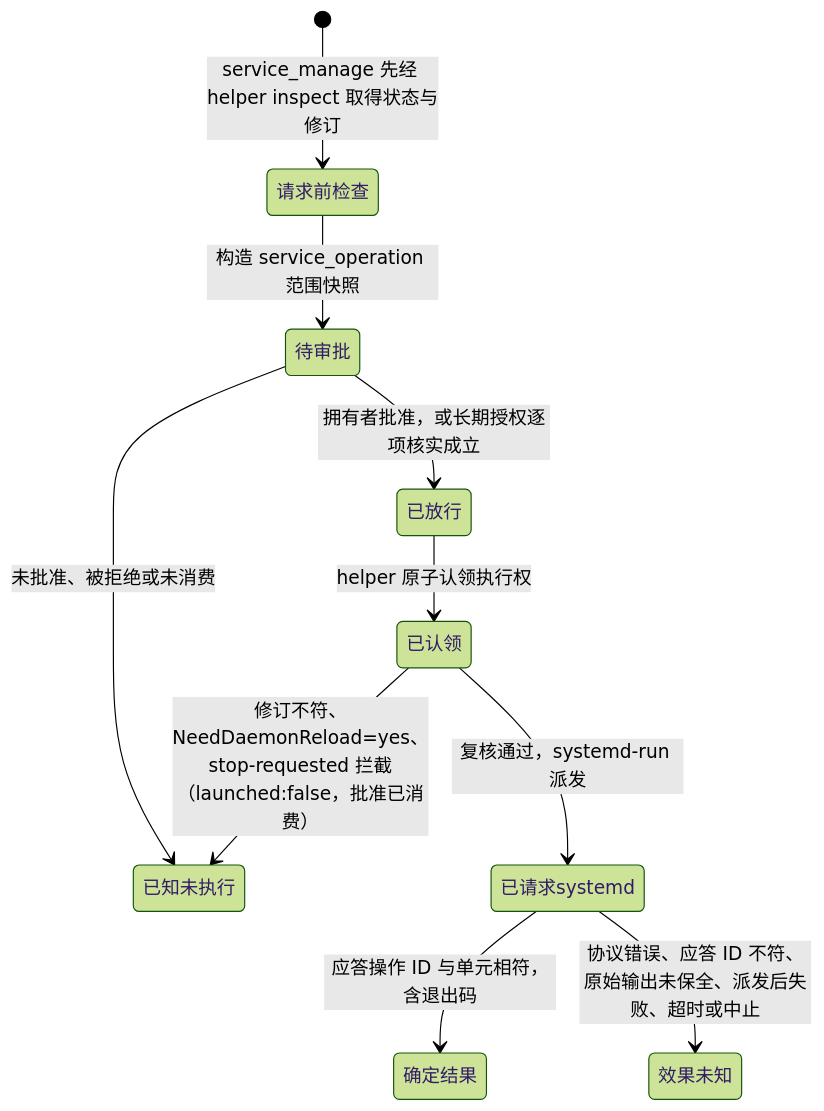
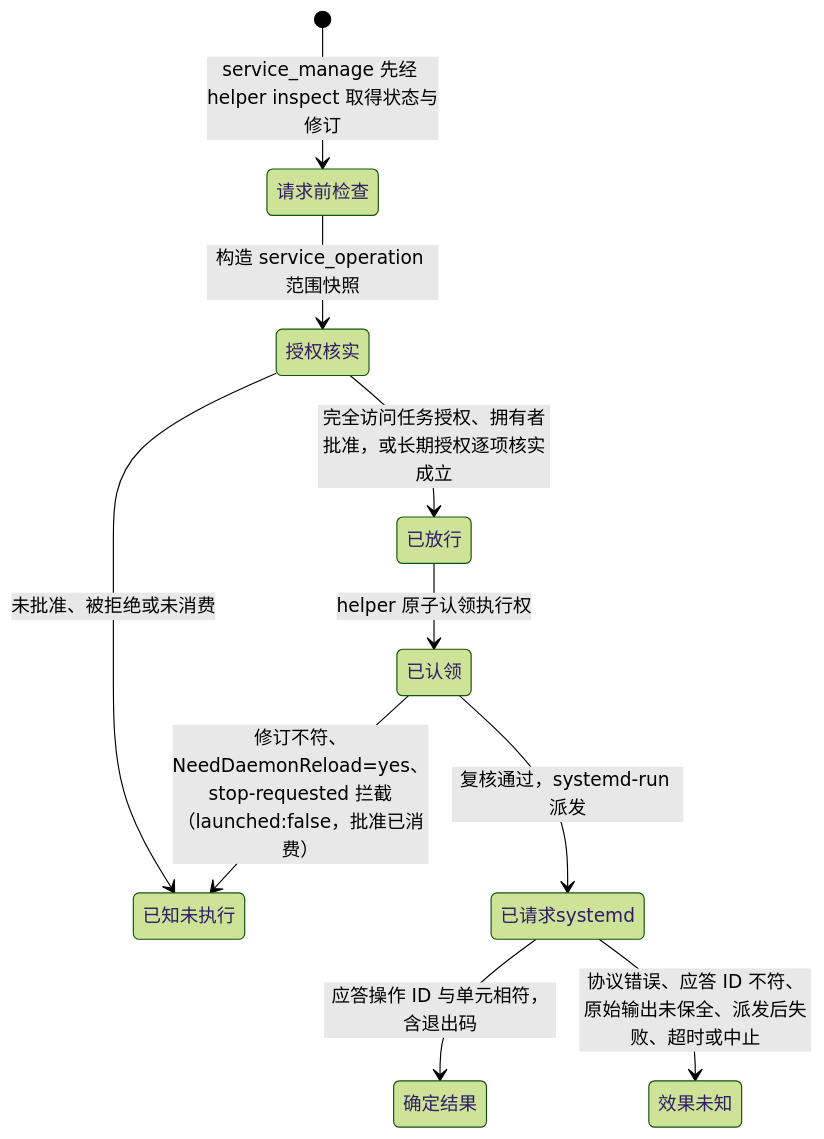
One commit to num-lab/Ruukoto changed the second of 3 diagrams in docs/modules/deploy.md. Above: the diagram before and after it, drawn with Mermaid (forest theme). The commit also changed other lines of this file and 193 other files, not shown here.

````diff
--- a/docs/modules/deploy.md
+++ b/docs/modules/deploy.md
@@ -117,12 +94,12 @@
 ```mermaid
 stateDiagram-v2
   [*] --> 请求前检查: service_manage 先经 helper inspect 取得状态与修订
-  请求前检查 --> 待审批: 构造 service_operation 范围快照
-  待审批 --> 已放行: 拥有者批准，或长期授权逐项核实成立
-  待审批 --> 已知未执行: 未批准、被拒绝或未消费
+  请求前检查 --> 授权核实: 构造 service_operation 范围快照
+  授权核实 --> 已放行: 完全访问任务授权、拥有者批准，或长期授权逐项核实成立
+  授权核实 --> 已知未执行: 未批准、被拒绝或未消费
   已放行 --> 已认领: helper 原子认领执行权
   已认领 --> 已知未执行: 修订不符、NeedDaemonReload=yes、stop-requested 拦截（launched:false，批准已消费）
   已认领 --> 已请求systemd: 复核通过，systemd-run 派发
   已请求systemd --> 确定结果: 应答操作 ID 与单元相符，含退出码
   已请求systemd --> 效果未知: 协议错误、应答 ID 不符、原始输出未保全、派发后失败、超时或中止
 ```
````
